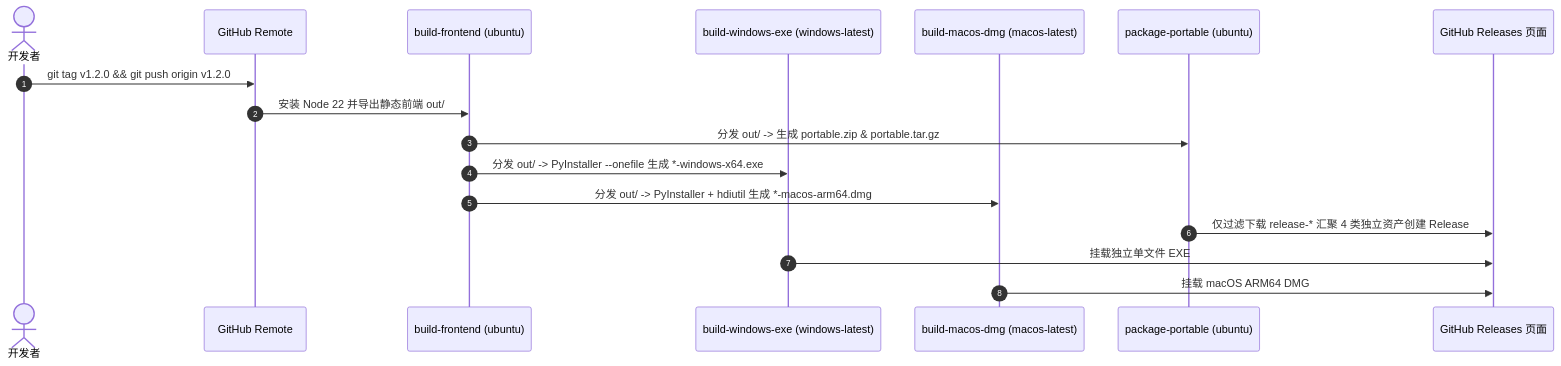
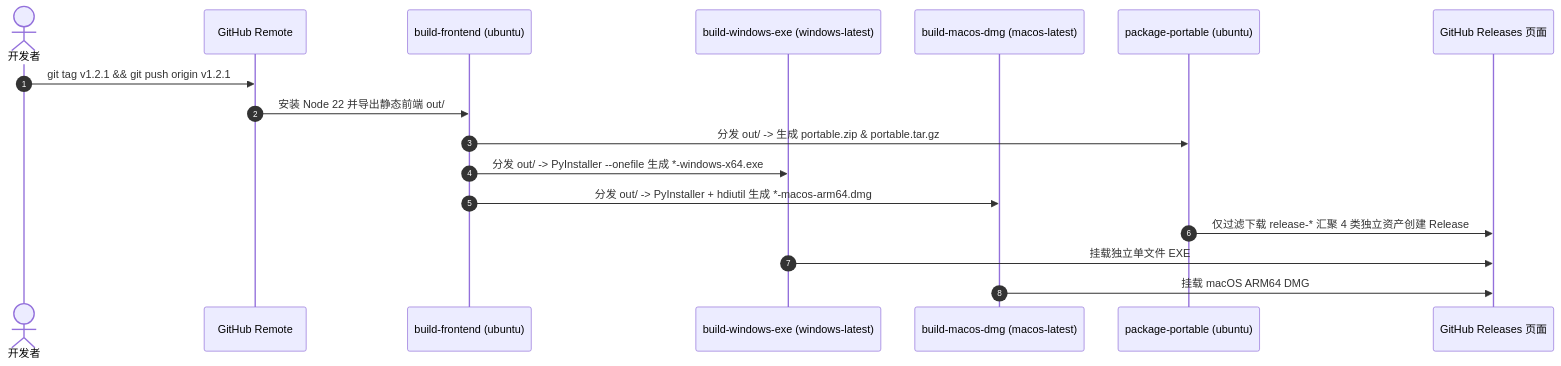
Before and after one commit to voodooq/agenthub-local: the second of 2 diagrams in README.md, drawn with Mermaid. The commit also changed other lines of this file and 52 other files, not shown here.

````diff
--- a/README.md
+++ b/README.md
@@ -163,20 +163,20 @@
 ```mermaid
 sequenceDiagram
     autonumber
     actor Dev as 开发者
     participant GH as GitHub Remote
     participant FE as build-frontend (ubuntu)
     participant Win as build-windows-exe (windows-latest)
     participant Mac as build-macos-dmg (macos-latest)
     participant Port as package-portable (ubuntu)
     participant Rel as GitHub Releases 页面
 
-    Dev->>GH: git tag v1.2.0 && git push origin v1.2.0
+    Dev->>GH: git tag v1.2.1 && git push origin v1.2.1
     GH->>FE: 安装 Node 22 并导出静态前端 out/
     FE->>Port: 分发 out/ -> 生成 portable.zip & portable.tar.gz
     FE->>Win: 分发 out/ -> PyInstaller --onefile 生成 *-windows-x64.exe
     FE->>Mac: 分发 out/ -> PyInstaller + hdiutil 生成 *-macos-arm64.dmg
     Port->>Rel: 仅过滤下载 release-* 汇聚 4 类独立资产创建 Release
     Win->>Rel: 挂载独立单文件 EXE
     Mac->>Rel: 挂载 macOS ARM64 DMG
 ```
````
